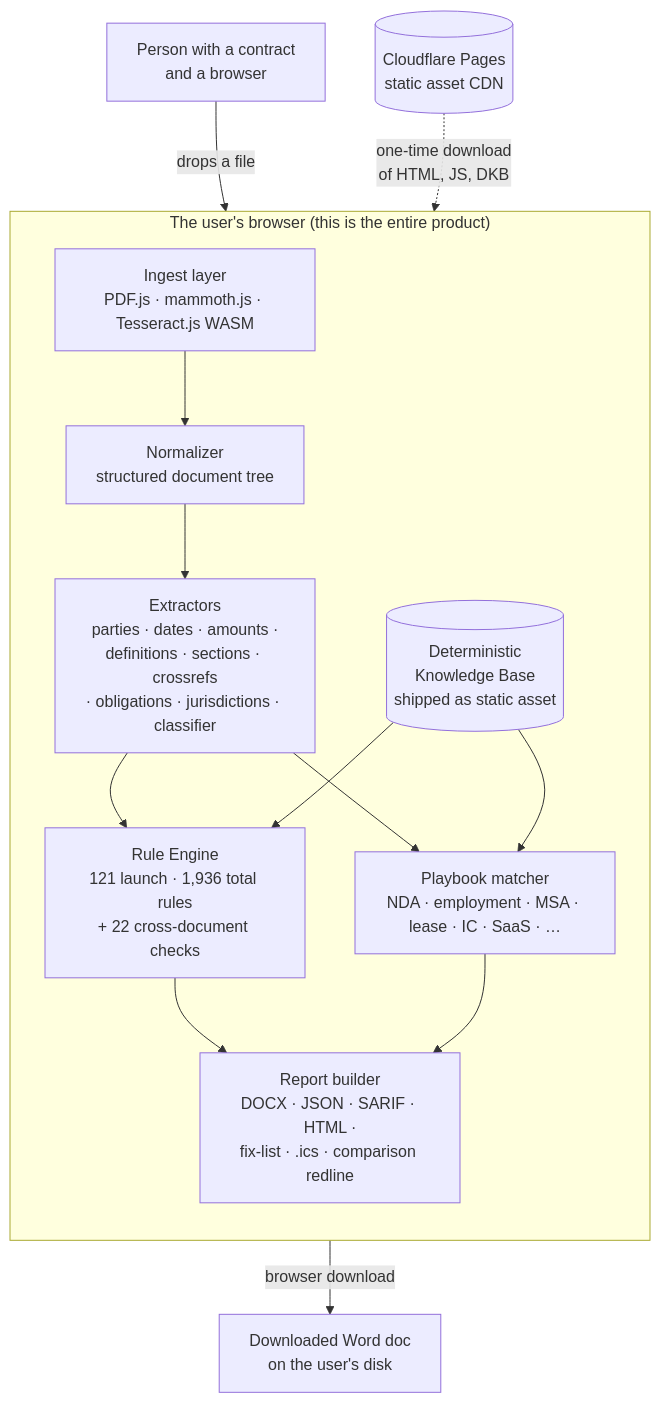
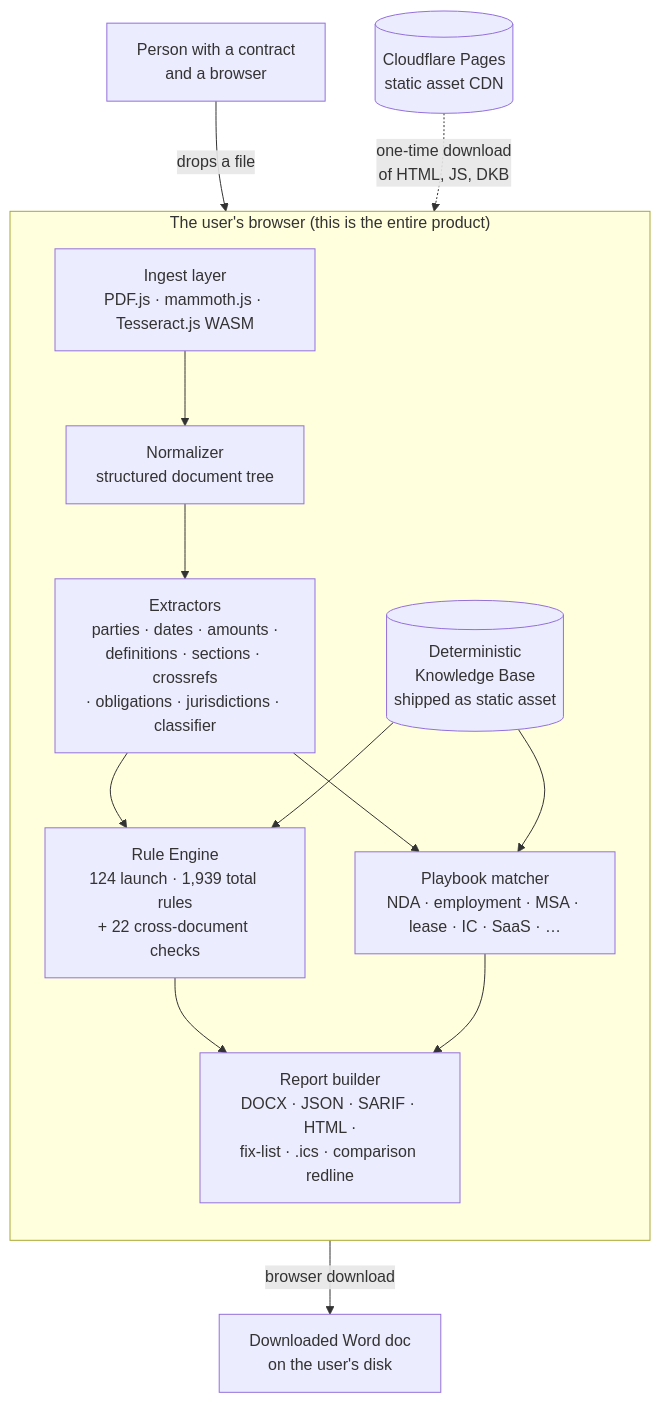
Before and after one commit to clay-good/vaulytica: the diagram in docs/architecture.md, drawn with Mermaid. The commit also changed other lines of this file and 394 other files, not shown here.

````diff
--- a/docs/architecture.md
+++ b/docs/architecture.md
@@ -5,28 +5,28 @@
 ```mermaid
 flowchart TB
     user[Person with a contract<br/>and a browser]
 
     subgraph browser["The user's browser (this is the entire product)"]
         direction TB
         ingest[Ingest layer<br/>PDF.js · mammoth.js · Tesseract.js WASM]
         normalize[Normalizer<br/>structured document tree]
         extract[Extractors<br/>parties · dates · amounts ·<br/>definitions · sections · crossrefs<br/>· obligations · jurisdictions · classifier]
-        engine[Rule Engine<br/>121 launch · 1,936 total rules<br/>+ 22 cross-document checks]
+        engine[Rule Engine<br/>124 launch · 1,939 total rules<br/>+ 22 cross-document checks]
         playbook[Playbook matcher<br/>NDA · employment · MSA · lease · IC · SaaS · …]
         dkb[(Deterministic<br/>Knowledge Base<br/>shipped as static asset)]
         report[Report builder<br/>DOCX · JSON · SARIF · HTML ·<br/>fix-list · .ics · comparison redline]
     end
 
     cdn[(Cloudflare Pages<br/>static asset CDN)]
     download[Downloaded Word doc<br/>on the user's disk]
 
     user -- "drops a file" --> ingest
     cdn -. "one-time download<br/>of HTML, JS, DKB" .-> browser
     ingest --> normalize --> extract --> engine
     extract --> playbook
     dkb --> engine
     dkb --> playbook
     engine --> report
     playbook --> report
     report -- "browser download" --> download
 ```
````
